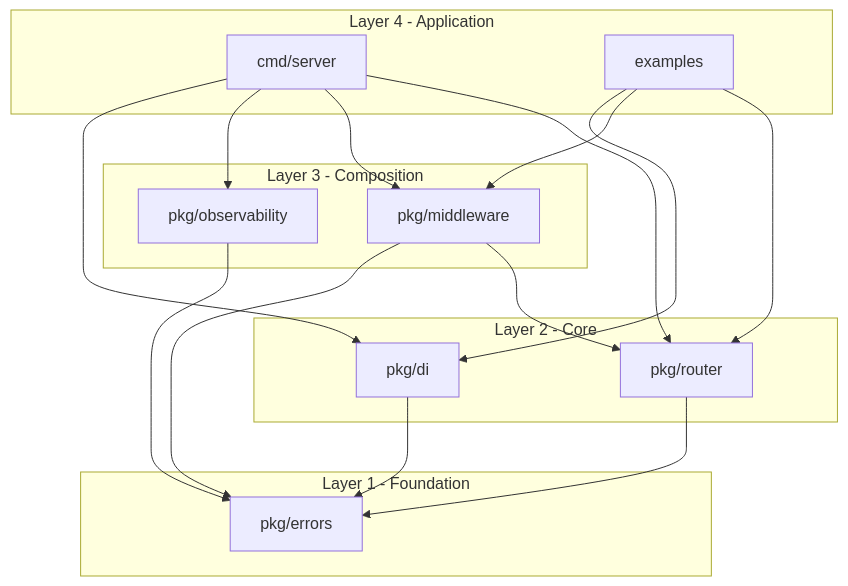
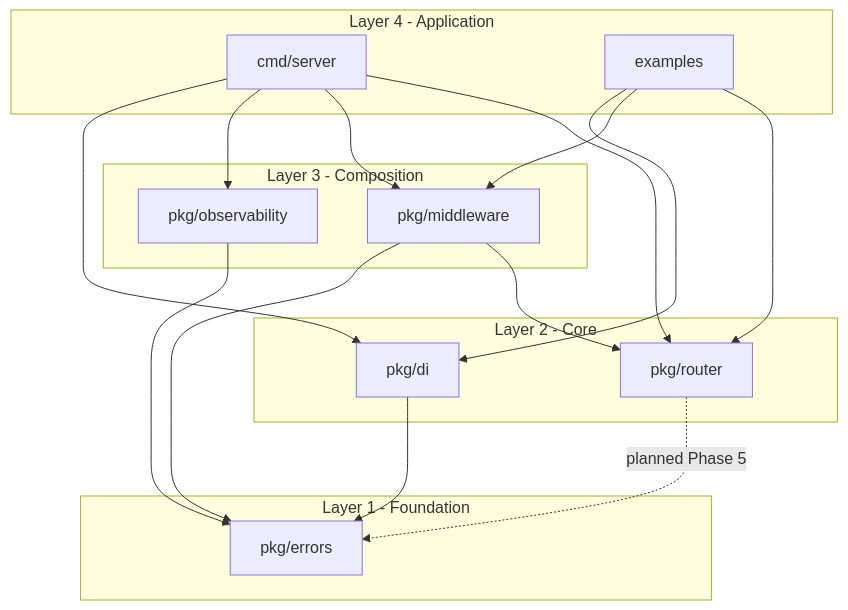
One commit to nsk-2003/lightweight-http changed the diagram in docs/design/packagedesign.md. Above: the diagram before and after it, drawn with Mermaid. The commit also changed other lines of this file and 7 other files, not shown here.

````diff
--- a/docs/design/packagedesign.md
+++ b/docs/design/packagedesign.md
@@ -9,31 +12,31 @@
 ```mermaid
 flowchart TB
   subgraph app [Layer 4 - Application]
     cmdMain[cmd/server]
     examplesPkg[examples]
   end
   subgraph composition [Layer 3 - Composition]
     middlewarePkg[pkg/middleware]
     observabilityPkg[pkg/observability]
   end
   subgraph core [Layer 2 - Core]
     routerPkg[pkg/router]
     diPkg[pkg/di]
   end
   subgraph foundation [Layer 1 - Foundation]
     errorsPkg[pkg/errors]
   end
 
   cmdMain --> routerPkg
   cmdMain --> middlewarePkg
   cmdMain --> observabilityPkg
   cmdMain --> diPkg
   examplesPkg --> routerPkg
   examplesPkg --> middlewarePkg
   examplesPkg --> diPkg
   middlewarePkg --> routerPkg
   middlewarePkg --> errorsPkg
   observabilityPkg --> errorsPkg
-  routerPkg --> errorsPkg
+  routerPkg -.->|planned Phase 5| errorsPkg
   diPkg --> errorsPkg
 ```
````
